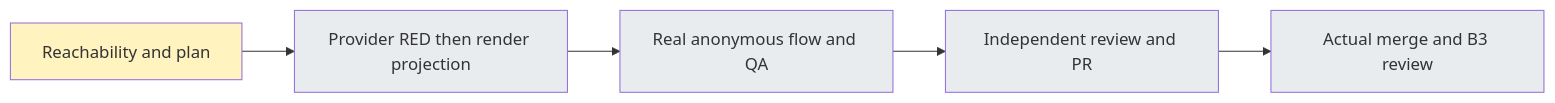
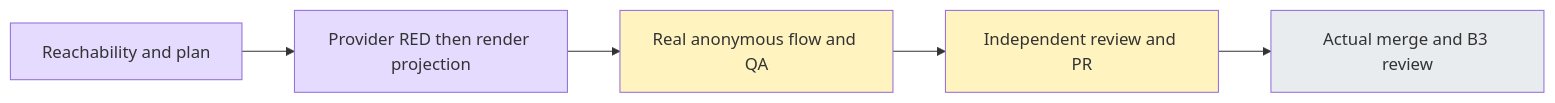
Before and after one commit to boardx/workspacex: the diagram in docs/design/i18n-public-design-share/progress.md, drawn with Mermaid. The commit also changed other lines of this file and 6 other files, not shown here.

Commit message:
test(i18n): cover real public design sharing flow (#6260)

````diff
--- a/docs/design/i18n-public-design-share/progress.md
+++ b/docs/design/i18n-public-design-share/progress.md
@@ -5,9 +5,9 @@
 ```mermaid
 flowchart LR
   A[Reachability and plan] --> B[Provider RED then render projection] --> C[Real anonymous flow and QA] --> D[Independent review and PR] --> E[Actual merge and B3 review]
-  style A fill:#fff3bf
-  style B fill:#e9ecef
-  style C fill:#e9ecef
-  style D fill:#e9ecef
+  style A fill:#e5dbff
+  style B fill:#e5dbff
+  style C fill:#fff3bf
+  style D fill:#fff3bf
   style E fill:#e9ecef
 ```
````
